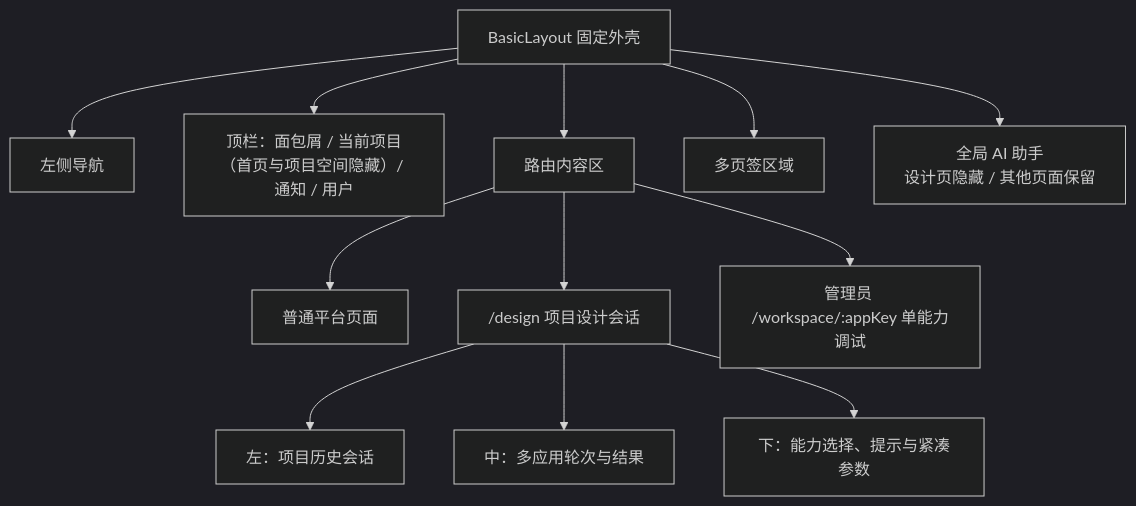
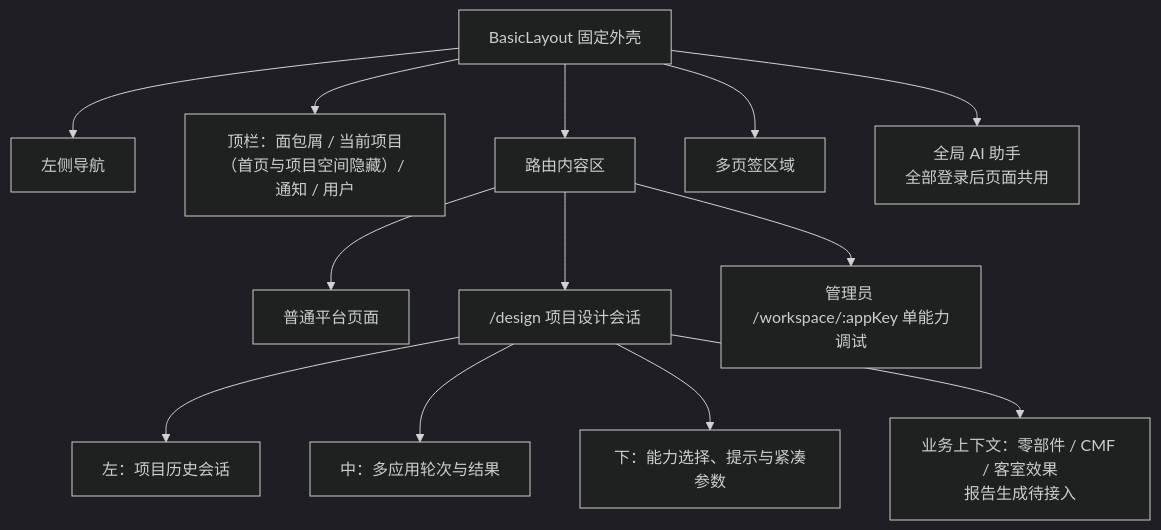
One commit to hywchina/vue-vben-admin changed the third of 12 diagrams in docs/rail-platform/ARCHITECTURE.md. Above: the diagram before and after it, drawn with Mermaid (dark theme). The commit also changed other lines of this file and 6 other files, not shown here.

````diff
--- a/docs/rail-platform/ARCHITECTURE.md
+++ b/docs/rail-platform/ARCHITECTURE.md
@@ -136,17 +136,18 @@
 ```mermaid
 flowchart TB
   Layout["BasicLayout 固定外壳"]
   Layout --> Nav["左侧导航"]
   Layout --> Header["顶栏：面包屑 / 当前项目（首页与项目空间隐藏）/ 通知 / 用户"]
   Layout --> RouteArea["路由内容区"]
   Layout --> Tabs["多页签区域"]
-  Layout --> Assistant["全局 AI 助手<br/>设计页隐藏 / 其他页面保留"]
+  Layout --> Assistant["全局 AI 助手<br/>全部登录后页面共用"]
 
   RouteArea --> Normal["普通平台页面"]
   RouteArea --> DesignArea["/design 项目设计会话"]
   RouteArea --> AppArea["管理员 /workspace/:appKey 单能力调试"]
 
   DesignArea --> History["左：项目历史会话"]
   DesignArea --> Stage["中：多应用轮次与结果"]
   DesignArea --> Composer["下：能力选择、提示与紧凑参数"]
+  DesignArea --> Context["业务上下文：零部件 / CMF / 客室效果<br/>报告生成待接入"]
 ```
````
